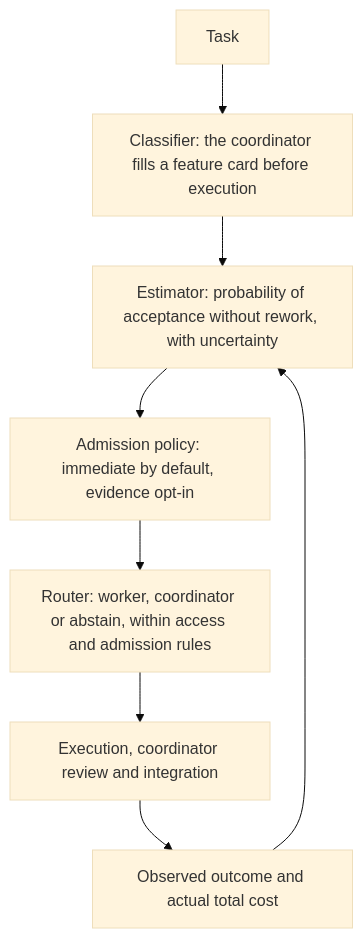
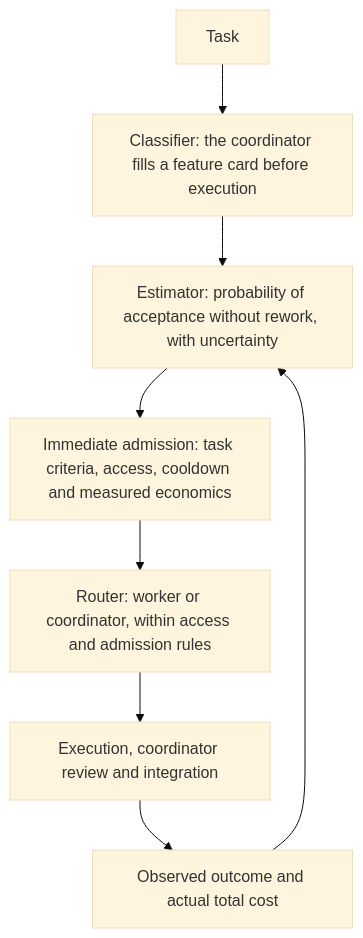
Before and after one commit to kirill31337/deepseek-team: the diagram in docs/ROUTING.md, drawn with Mermaid (base theme). The commit also changed other lines of this file and 79 other files, not shown here.

````diff
--- a/docs/ROUTING.md
+++ b/docs/ROUTING.md
@@ -16,10 +16,10 @@
 ```mermaid
 flowchart TD
     T[Task] --> C["Classifier: the coordinator fills a feature card before execution"]
     C --> E["Estimator: probability of acceptance without rework, with uncertainty"]
-    E --> S["Admission policy: immediate by default, evidence opt-in"]
-    S --> R["Router: worker, coordinator or abstain, within access and admission rules"]
+    E --> S["Immediate admission: task criteria, access, cooldown and measured economics"]
+    S --> R["Router: worker or coordinator, within access and admission rules"]
     R --> X["Execution, coordinator review and integration"]
     X --> O["Observed outcome and actual total cost"]
     O --> E
 ```
````
